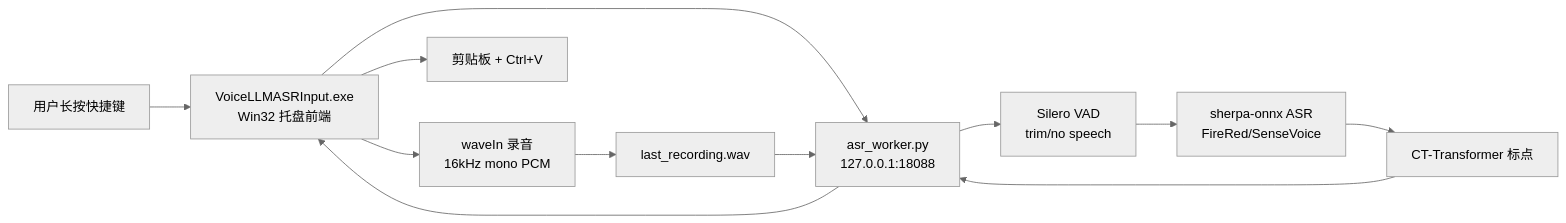
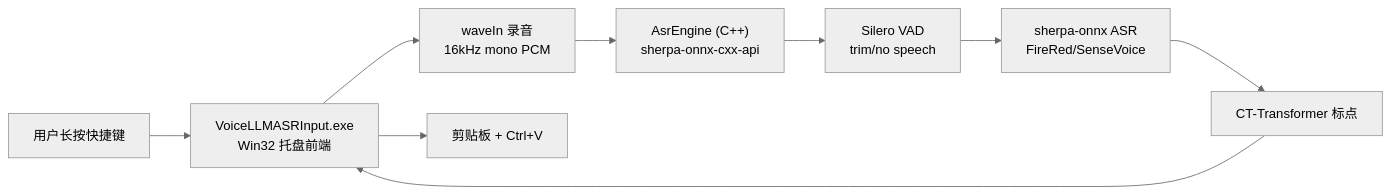
The first of 2 diagrams in ARCHITECTURE.md (melody0709/Voice_LLM_ASR_Input), drawn with Mermaid (neutral theme) before and after one commit. The commit also changed other lines of this file and 10 other files, not shown here.

First line of the commit message:
Replace Python ASR worker with direct sherpa-onnx C++ API calls (v0.1.4)

````diff
--- a/ARCHITECTURE.md
+++ b/ARCHITECTURE.md
@@ -7,14 +7,11 @@
 ```mermaid
 flowchart LR
     User["用户长按快捷键"] --> Frontend["VoiceLLMASRInput.exe<br/>Win32 托盘前端"]
     Frontend --> Recorder["waveIn 录音<br/>16kHz mono PCM"]
-    Recorder --> Wav["last_recording.wav"]
-    Frontend --> Worker["asr_worker.py<br/>127.0.0.1:18088"]
-    Wav --> Worker
-    Worker --> VAD["Silero VAD<br/>trim/no speech"]
+    Recorder --> Engine["AsrEngine (C++)<br/>sherpa-onnx-cxx-api"]
+    Engine --> VAD["Silero VAD<br/>trim/no speech"]
     VAD --> ASR["sherpa-onnx ASR<br/>FireRed/SenseVoice"]
     ASR --> Punct["CT-Transformer 标点"]
-    Punct --> Worker
-    Worker --> Frontend
+    Punct --> Frontend
     Frontend --> Inject["剪贴板 + Ctrl+V"]
 ```
````
